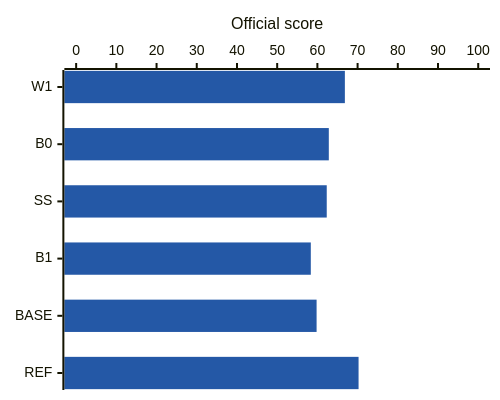
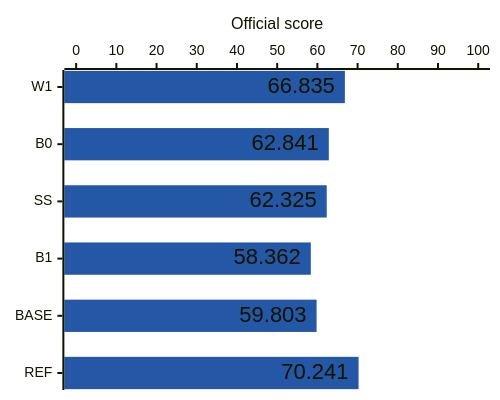
One commit to kasahart/asd-experiments changed the diagram in README.md. Above: the diagram before and after it, drawn with Mermaid.

Commit message:
Add showDataLabel to Mermaid xychart config

````diff
--- a/README.md
+++ b/README.md
@@ -39,16 +39,17 @@
 ```mermaid
 ---
 config:
     xyChart:
         width: 480
         height: 380
+        showDataLabel: true
     themeVariables:
         xyChart:
             plotColorPalette: "#2458a6"
     themeCSS: ".bar-plot-0 rect:nth-child(n+5) { fill: #9099a5; }"
 ---
 xychart-beta horizontal
     x-axis ["W1", "B0", "SS", "B1", "BASE", "REF"]
     y-axis "Official score" 0 --> 100
     bar [66.835, 62.841, 62.325, 58.362, 59.803, 70.241]
 ```
````
